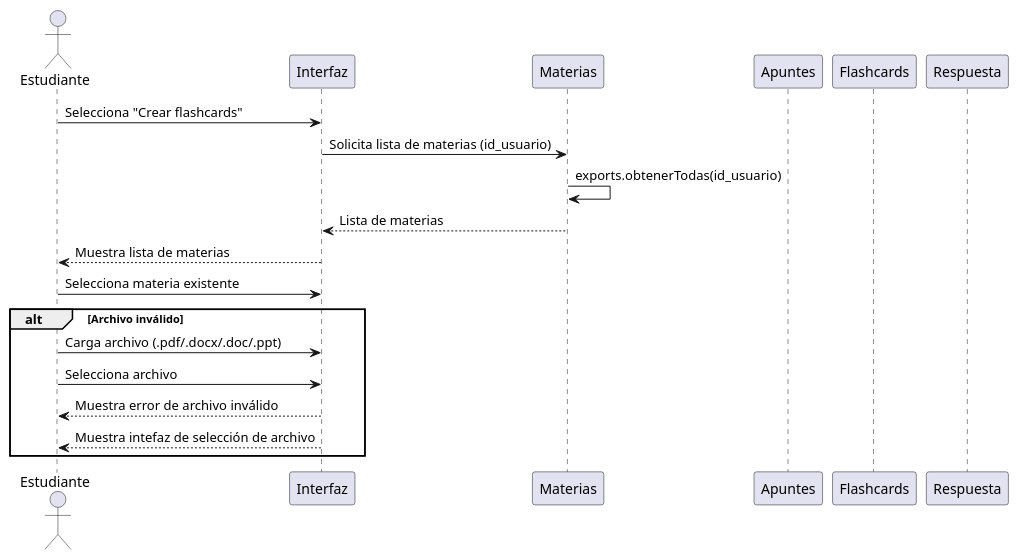
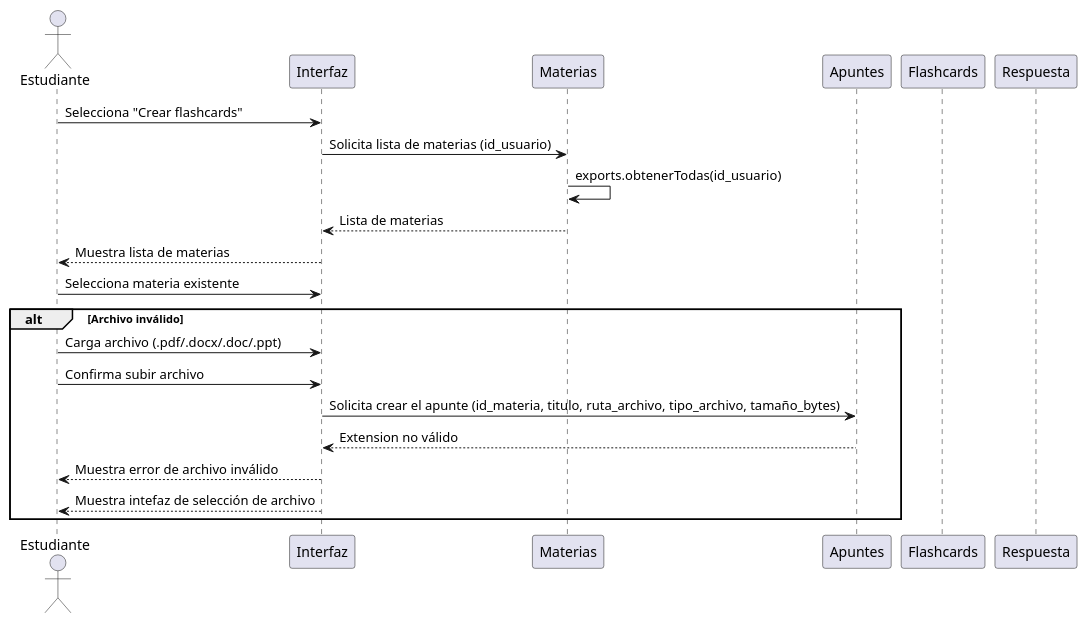
Before and after one commit to ByWildFrank/Ingenier-a-de-Software-2---StudIA: the diagram in CA2-CrearFlashcardCORREGIDO.puml, drawn with PlantUML. The commit also changed 4 other files, not shown here.

Commit message:
docs: update sequence diagrams with file validation flow and AI generation triggers

```diff
--- a/CA2-CrearFlashcardCORREGIDO.puml
+++ b/CA2-CrearFlashcardCORREGIDO.puml
@@ -1,26 +1,28 @@
 @startuml
 actor Estudiante
 participant "Interfaz" as UI
 participant "Materias" as M
 participant "Apuntes" as A 
 participant "Flashcards" as F 
 participant "Respuesta" as R 
 
 
 
 
 Estudiante -> UI: Selecciona "Crear flashcards"
 UI -> M: Solicita lista de materias (id_usuario)
 M -> M: exports.obtenerTodas(id_usuario)
 M --> UI: Lista de materias
 UI --> Estudiante: Muestra lista de materias
 Estudiante -> UI: Selecciona materia existente
 
 
 Alt Archivo inválido
 Estudiante -> UI: Carga archivo (.pdf/.docx/.doc/.ppt)
-Estudiante -> UI: Selecciona archivo 
+Estudiante -> UI: Confirma subir archivo
+UI -> A: Solicita crear el apunte (id_materia, titulo, ruta_archivo, tipo_archivo, tamaño_bytes)
+A --> UI: Extension no válido
 UI --> Estudiante: Muestra error de archivo inválido
 UI --> Estudiante: Muestra intefaz de selección de archivo
 end
 @enduml
```
